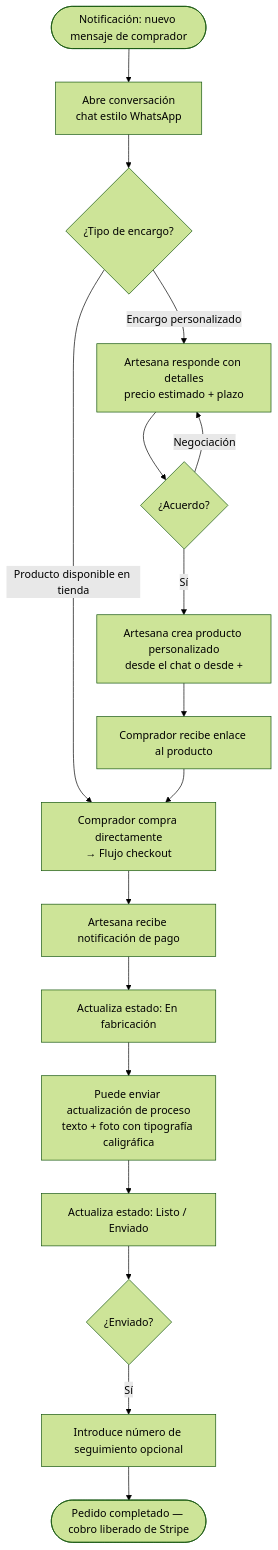
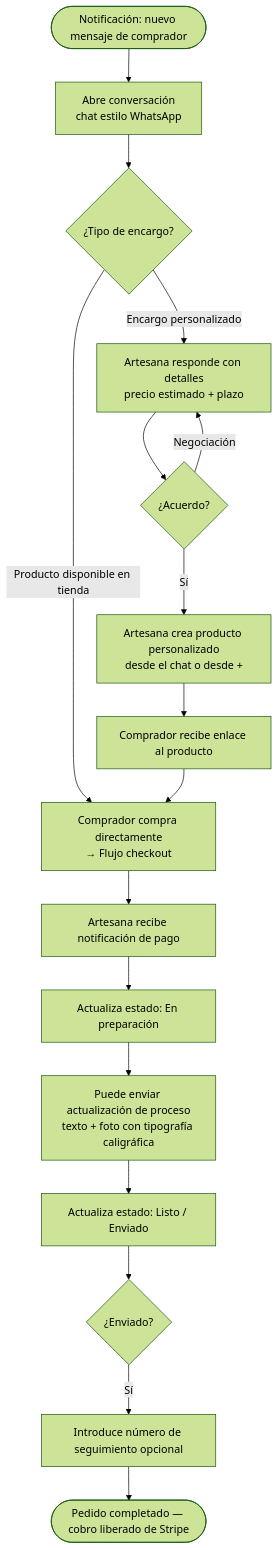
One commit to carlaportela/artelier changed the fifth of 6 diagrams in _bmad-output/planning-artifacts/ux-design-specification.md. Above: the diagram before and after it, drawn with Mermaid (forest theme). The commit also changed other lines of this file and 3 other files, not shown here.

````diff
--- a/_bmad-output/planning-artifacts/ux-design-specification.md
+++ b/_bmad-output/planning-artifacts/ux-design-specification.md
@@ -576,19 +576,19 @@
 ```mermaid
 flowchart TD
     A([Notificación: nuevo mensaje de comprador]) --> B[Abre conversación\nchat estilo WhatsApp]
     B --> C{¿Tipo de encargo?}
     C -->|Producto disponible en tienda| D[Comprador compra directamente\n→ Flujo checkout]
     C -->|Encargo personalizado| E[Artesana responde con detalles\nprecio estimado + plazo]
     E --> F{¿Acuerdo?}
     F -->|Sí| G[Artesana crea producto personalizado\ndesde el chat o desde +]
     F -->|Negociación| E
     G --> H[Comprador recibe enlace al producto]
     H --> D
     D --> I[Artesana recibe notificación de pago]
-    I --> J[Actualiza estado: En fabricación]
+    I --> J[Actualiza estado: En preparación]
     J --> K[Puede enviar actualización de proceso\ntexto + foto con tipografía caligráfica]
     K --> L[Actualiza estado: Listo / Enviado]
     L --> M{¿Enviado?}
     M -->|Sí| N[Introduce número de seguimiento opcional]
     N --> O([Pedido completado — cobro liberado de Stripe])
 ```
````
